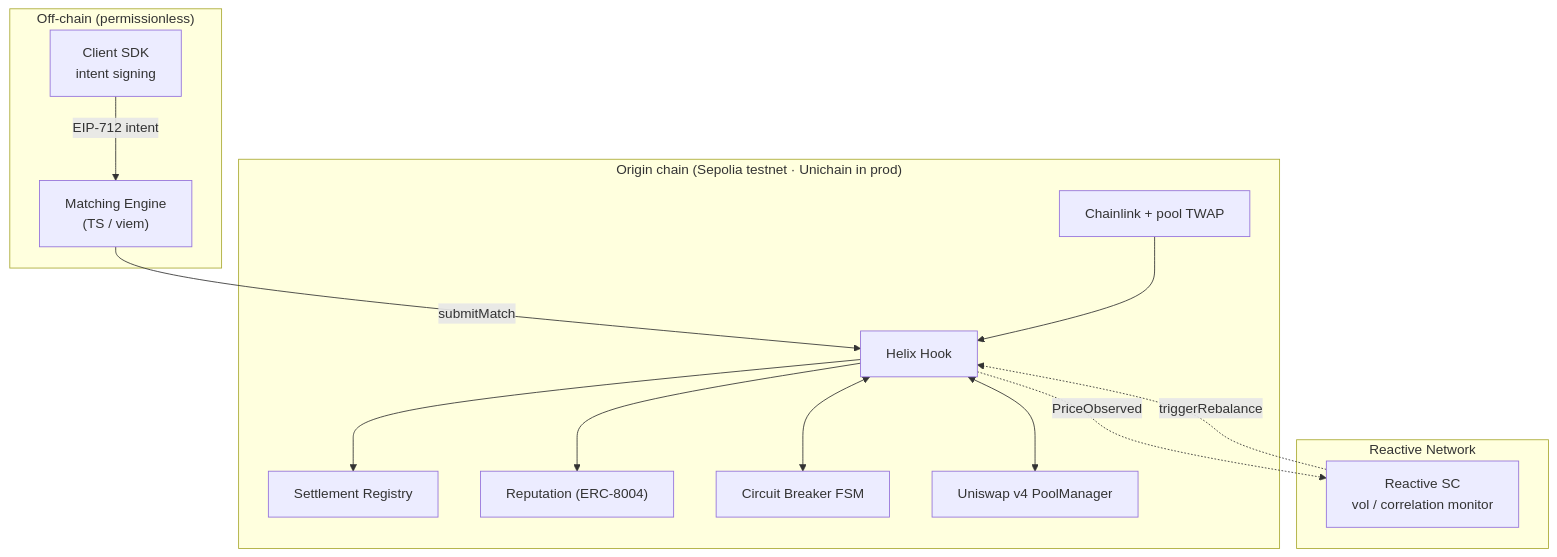
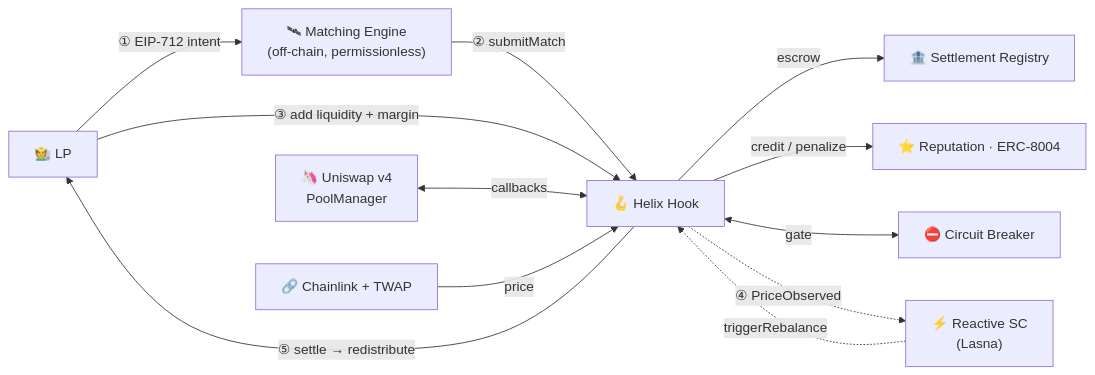
The diagram in README.md (aliveevie/helix), drawn with Mermaid before and after one commit. The commit also changed other lines of this file, not shown here.

Commit message:
Polish README — hero banner, demo video, live integrations, full Sepolia + Reactive address tables

````diff
--- a/README.md
+++ b/README.md
@@ -78,27 +80,14 @@
 ```mermaid
-flowchart TB
-    subgraph OFFCHAIN["Off-chain (permissionless)"]
-        ME["Matching Engine<br/>(TS / viem)"]
-        SDK["Client SDK<br/>intent signing"]
-    end
-    subgraph ORIGIN["Origin chain (Sepolia testnet · Unichain in prod)"]
-        HOOK["Helix Hook"]
-        REG["Settlement Registry"]
-        REP["Reputation (ERC-8004)"]
-        CB["Circuit Breaker FSM"]
-        PM["Uniswap v4 PoolManager"]
-        CL["Chainlink + pool TWAP"]
-    end
-    subgraph REACTIVE["Reactive Network"]
-        RSC["Reactive SC<br/>vol / correlation monitor"]
-    end
-    SDK -->|EIP-712 intent| ME
-    ME -->|submitMatch| HOOK
-    HOOK <--> PM
-    HOOK --> REG
-    HOOK --> REP
-    HOOK <--> CB
-    CL --> HOOK
-    HOOK -.PriceObserved.-> RSC
-    RSC -.triggerRebalance.-> HOOK
+flowchart LR
+    LP["🧑‍🌾 LP"] -->|"① EIP-712 intent"| ME["🛰 Matching Engine<br/>(off-chain, permissionless)"]
+    ME -->|"② submitMatch"| HK["🪝 Helix Hook"]
+    LP -->|"③ add liquidity + margin"| HK
+    PM["🦄 Uniswap v4<br/>PoolManager"] <-->|callbacks| HK
+    HK -->|escrow| REG["🏦 Settlement Registry"]
+    HK -->|credit / penalize| REP["⭐ Reputation · ERC-8004"]
+    HK <-->|gate| CB["⛔ Circuit Breaker"]
+    CL["🔗 Chainlink + TWAP"] -->|price| HK
+    HK -. "④ PriceObserved" .-> RSC["⚡ Reactive SC<br/>(Lasna)"]
+    RSC -. "triggerRebalance" .-> HK
+    HK -->|"⑤ settle → redistribute"| LP
 ```
````
